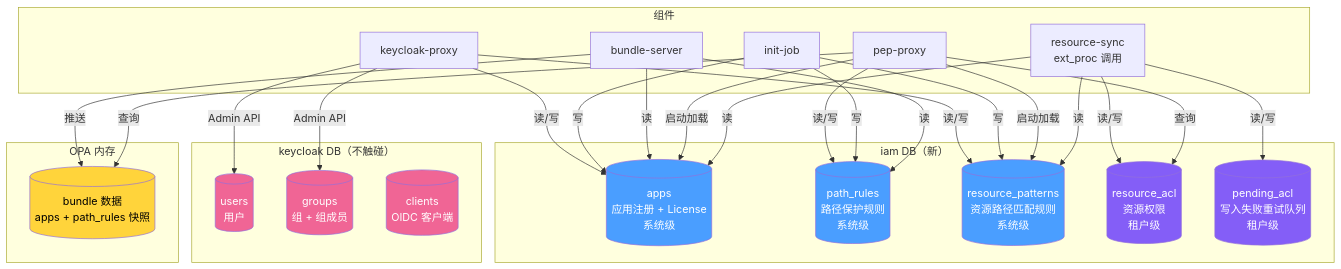
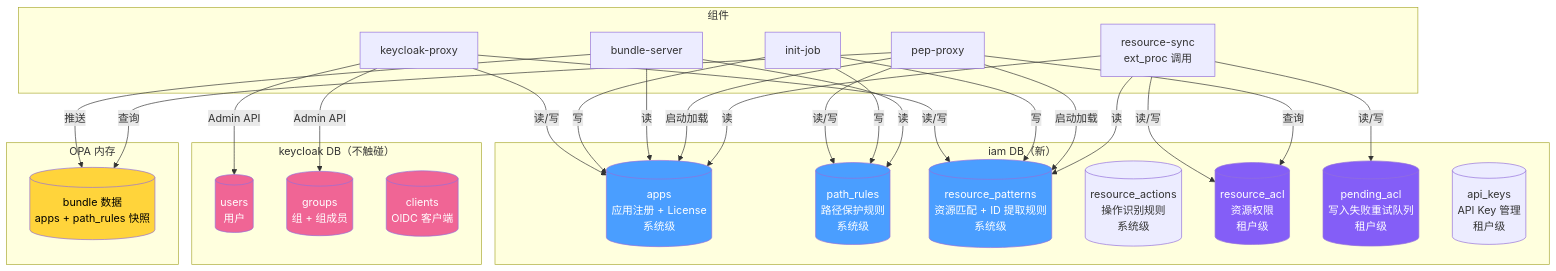
The first of 11 diagrams in diagrams/data-storage.md (xiewanchao/aidp-iam), drawn with Mermaid before and after one commit. The commit also changed other lines of this file and 2 other files, not shown here.

First line of the commit message:
docs: add app integration guide and flexible API adaptation design

````diff
--- a/diagrams/data-storage.md
+++ b/diagrams/data-storage.md
@@ -27,61 +29,63 @@
 ```mermaid
 flowchart TB
     subgraph "iam DB（新）"
         APPS[(apps<br/>应用注册 + License<br/>系统级)]
         PR[(path_rules<br/>路径保护规则<br/>系统级)]
-        RP[(resource_patterns<br/>资源路径匹配规则<br/>系统级)]
+        RP[(resource_patterns<br/>资源匹配 + ID 提取规则<br/>系统级)]
+        RA[(resource_actions<br/>操作识别规则<br/>系统级)]
         ACL[(resource_acl<br/>资源权限<br/>租户级)]
         PENDING[(pending_acl<br/>写入失败重试队列<br/>租户级)]
+        AK[(api_keys<br/>API Key 管理<br/>租户级)]
     end
 
     subgraph "keycloak DB（不触碰）"
         USERS[(users<br/>用户)]
         GROUPS[(groups<br/>组 + 组成员)]
         CLIENTS[(clients<br/>OIDC 客户端)]
     end
 
     subgraph "OPA 内存"
         OPADATA[(bundle 数据<br/>apps + path_rules 快照)]
     end
 
     subgraph 组件
         KP[keycloak-proxy]
         BS[bundle-server]
         RS[resource-sync<br/>ext_proc 调用]
         PEP[pep-proxy]
         INIT[init-job]
     end
 
     %% 写入关系
     KP -->|读/写| APPS
     PEP -->|读/写| PR
     KP -->|读/写| RP
     KP -->|Admin API| USERS
     KP -->|Admin API| GROUPS
     INIT -->|写| APPS
     INIT -->|写| PR
     INIT -->|写| RP
     RS -->|读/写| ACL
     RS -->|读/写| PENDING
 
     %% 读取关系
     BS -->|读| APPS
     BS -->|读| PR
     BS -->|推送| OPADATA
     PEP -->|查询| OPADATA
     PEP -->|查询| ACL
     PEP -->|启动加载| APPS
     PEP -->|启动加载| RP
     RS -->|读| APPS
     RS -->|读| RP
 
     style APPS fill:#4a9eff,color:#fff
     style PR fill:#4a9eff,color:#fff
     style RP fill:#4a9eff,color:#fff
     style ACL fill:#845ef7,color:#fff
     style PENDING fill:#845ef7,color:#fff
     style USERS fill:#f06595,color:#fff
     style GROUPS fill:#f06595,color:#fff
     style CLIENTS fill:#f06595,color:#fff
     style OPADATA fill:#ffd43b,color:#000
 ```
````
